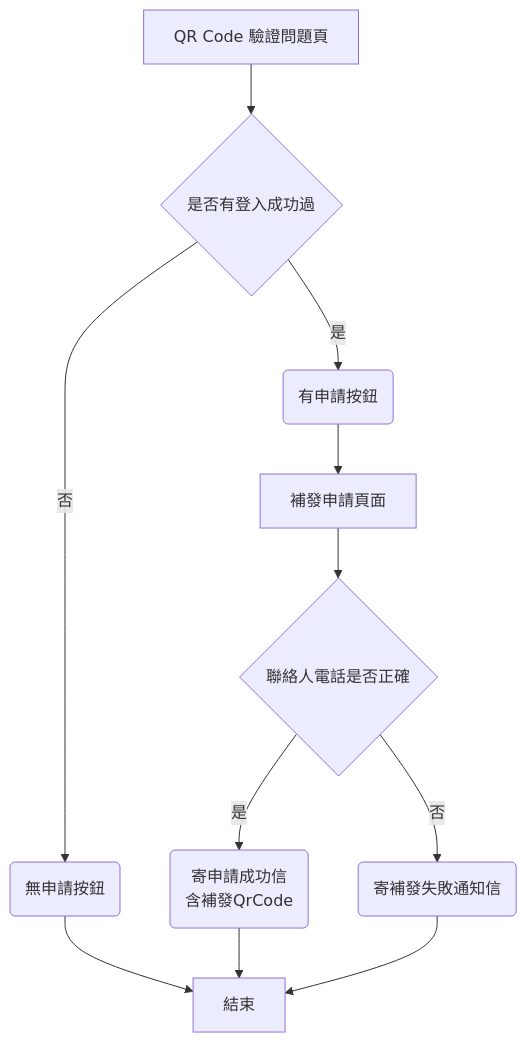
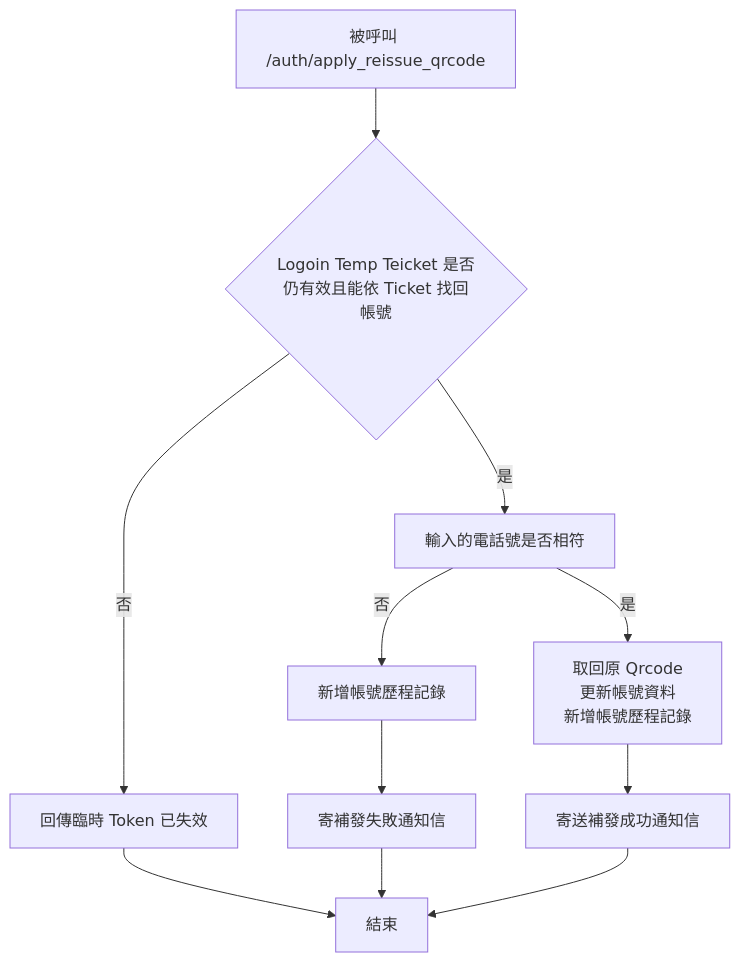
Before and after one commit to thunderstormwang/CodingNote: the sixth of 8 diagrams in System_Design/login.md, drawn with Mermaid. The commit also changed other lines of this file and 1 other file, not shown here.

````diff
--- a/System_Design/login.md
+++ b/System_Design/login.md
@@ -112,11 +143,11 @@
 ```mermaid
 flowchart TD
-A[QR Code 驗證問題頁]
-A --> B{是否有登入成功過}
-B --> |否| C(無申請按鈕) --> Z[結束]
-B --> |是| D(有申請按鈕)
-D --> E[補發申請頁面]
-E --> E1{聯絡人電話是否正確}
-E1 --> |是| E2(寄申請成功信\n含補發QrCode) --> Z[結束]
-E1 --> |否| E3(寄補發失敗通知信) --> Z[結束]
+A[被呼叫 /auth/apply_reissue_qrcode]
+A --> B{Logoin Temp Teicket 是否仍有效且能依 Ticket 找回帳號}
+B --> |否| C[回傳臨時 Token 已失效] --> D[結束]
+B --> |是| E[輸入的電話號是否相符]
+E --> |否| H[新增帳號歷程記錄]
+H --> I[寄補發失敗通知信]  --> D
+E --> |是| J[取回原 Qrcode<br/>更新帳號資料<br/>新增帳號歷程記錄]
+J --> K[寄送補發成功通知信] --> D
 ```
````
